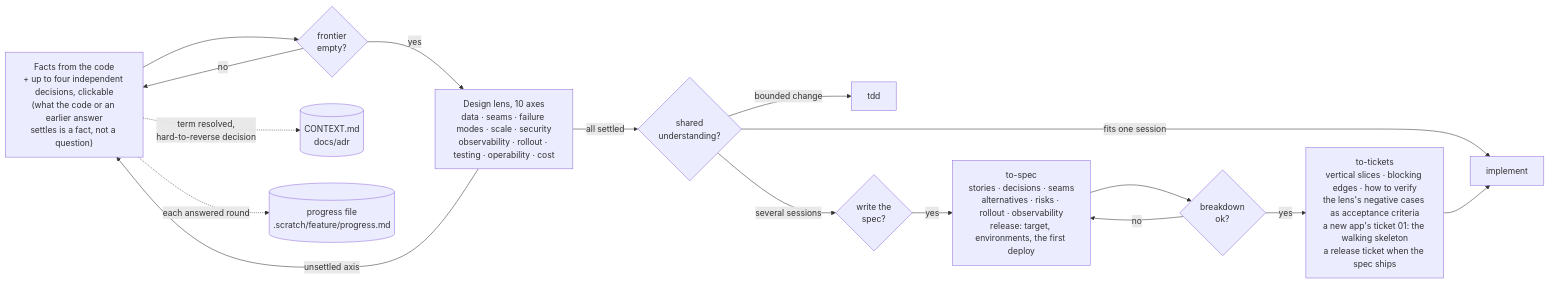
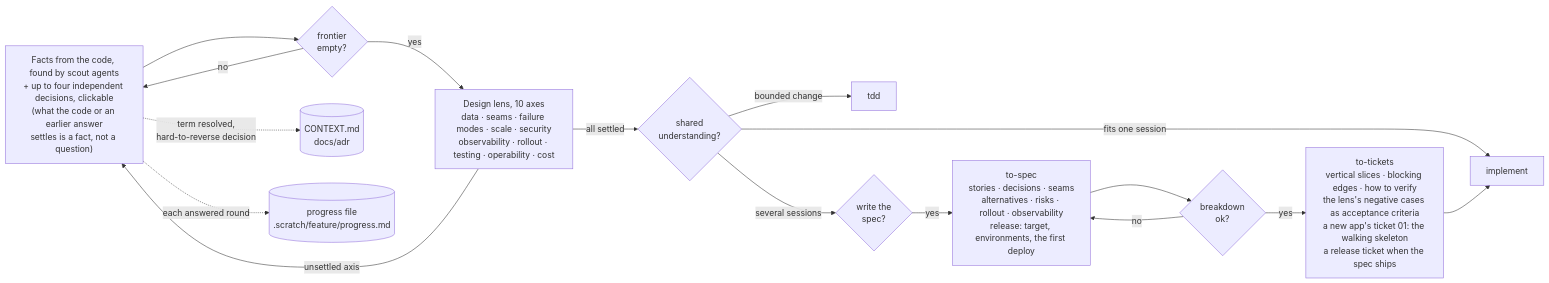
One commit to gabriel-tutor/seams changed the second of 3 diagrams in README.md. Above: the diagram before and after it, drawn with Mermaid. The commit also changed other lines of this file and 24 other files, not shown here.

````diff
--- a/README.md
+++ b/README.md
@@ -71,17 +73,17 @@
 ```mermaid
 flowchart LR
-    G["Facts from the code<br/>+ up to four independent decisions, clickable<br/>(what the code or an earlier answer<br/>settles is a fact, not a question)"] --> Q{frontier<br/>empty?}
+    G["Facts from the code, found by scout agents<br/>+ up to four independent decisions, clickable<br/>(what the code or an earlier answer<br/>settles is a fact, not a question)"] --> Q{frontier<br/>empty?}
     Q -->|no| G
     Q -->|yes| L["Design lens, 10 axes<br/>data · seams · failure modes · scale · security<br/>observability · rollout · testing · operability · cost"]
     L -->|unsettled axis| G
     L -->|all settled| C{shared<br/>understanding?}
     G -.term resolved,<br/>hard-to-reverse decision.-> CX[(CONTEXT.md<br/>docs/adr)]
     G -.each answered round.-> PF[(progress file<br/>.scratch/feature/progress.md)]
     C -->|bounded change| T["tdd"]
     C -->|fits one session| I["implement"]
     C -->|several sessions| SP{write the<br/>spec?}
     SP -->|yes| SPEC["to-spec<br/>stories · decisions · seams<br/>alternatives · risks · rollout · observability<br/>release: target, environments, the first deploy"]
     SPEC --> TK{breakdown<br/>ok?}
     TK -->|no| SPEC
     TK -->|yes| TKT["to-tickets<br/>vertical slices · blocking edges · how to verify<br/>the lens's negative cases as acceptance criteria<br/>a new app's ticket 01: the walking skeleton<br/>a release ticket when the spec ships"] --> I
 ```
````
